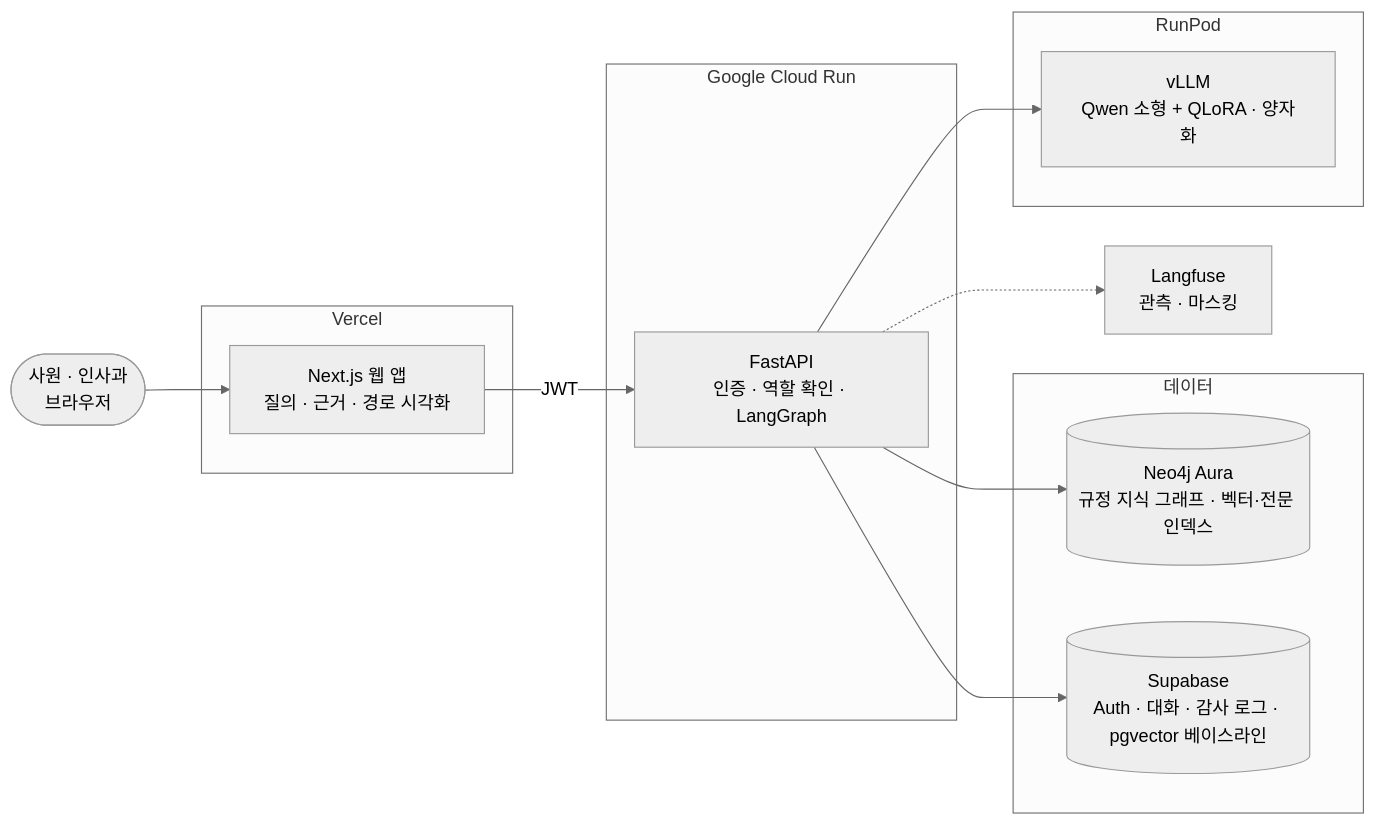
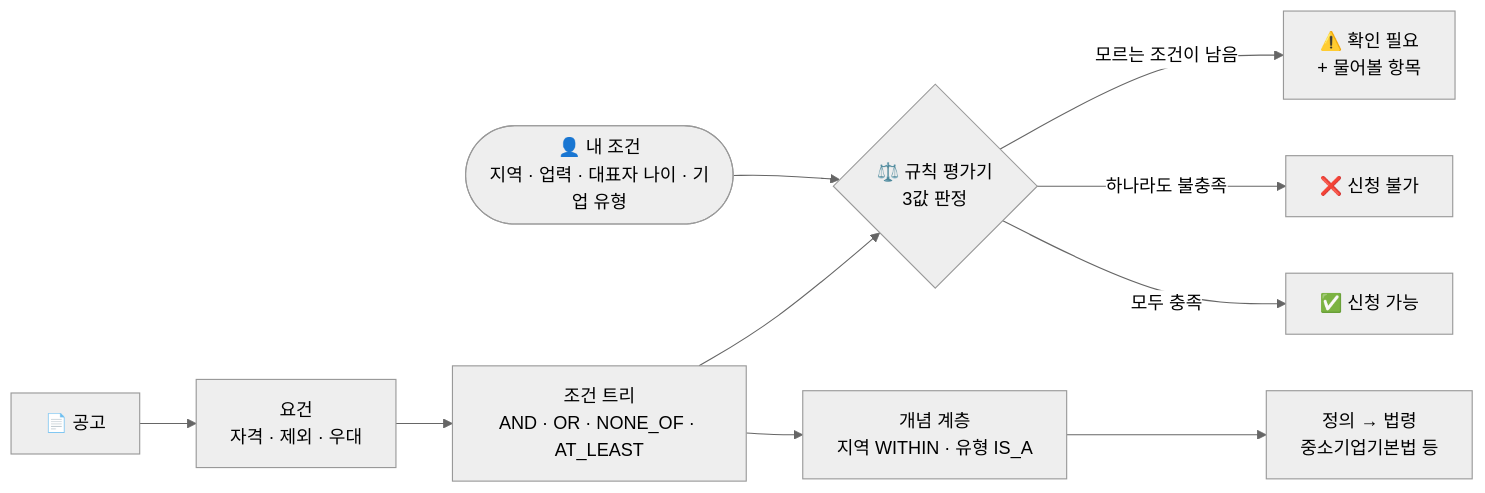
One commit to encore-ai-campus/mle-01-final-team2 changed the first of 2 diagrams in README.md. Above: the diagram before and after it, drawn with Mermaid (neutral theme). The commit also changed other lines of this file, not shown here.

````diff
--- a/README.md
+++ b/README.md
@@ -118,24 +40,12 @@
 ```mermaid
 flowchart LR
-  U(["사원 · 인사과<br/>브라우저"])
-  subgraph VC["Vercel"]
-    W["Next.js 웹 앱<br/>질의 · 근거 · 경로 시각화"]
-  end
-  subgraph GC["Google Cloud Run"]
-    A["FastAPI<br/>인증 · 역할 확인 · LangGraph"]
-  end
-  subgraph DB["데이터"]
-    N[("Neo4j Aura<br/>규정 지식 그래프 · 벡터·전문 인덱스")]
-    S[("Supabase<br/>Auth · 대화 · 감사 로그 · pgvector 베이스라인")]
-  end
-  subgraph RP["RunPod"]
-    V["vLLM<br/>Qwen 소형 + QLoRA · 양자화"]
-  end
-  L["Langfuse<br/>관측 · 마스킹"]
-  U --> W
-  W -->|"JWT"| A
-  A --> N
-  A --> S
-  A --> V
-  A -.-> L
+  P(["👤 내 조건<br/>지역 · 업력 · 대표자 나이 · 기업 유형"]) --> E
+  N["📄 공고"] --> R["요건<br/>자격 · 제외 · 우대"]
+  R --> C["조건 트리<br/>AND · OR · NONE_OF · AT_LEAST"]
+  C --> K["개념 계층<br/>지역 WITHIN · 유형 IS_A"]
+  K --> D["정의 → 법령<br/>중소기업기본법 등"]
+  C --> E{"⚖️ 규칙 평가기<br/>3값 판정"}
+  E -->|모두 충족| OK["✅ 신청 가능"]
+  E -->|하나라도 불충족| NO["❌ 신청 불가"]
+  E -->|모르는 조건이 남음| CK["⚠️ 확인 필요<br/>+ 물어볼 항목"]
 ```
````
